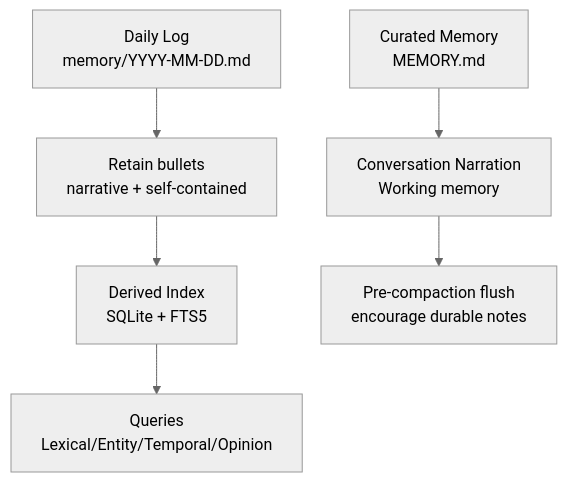
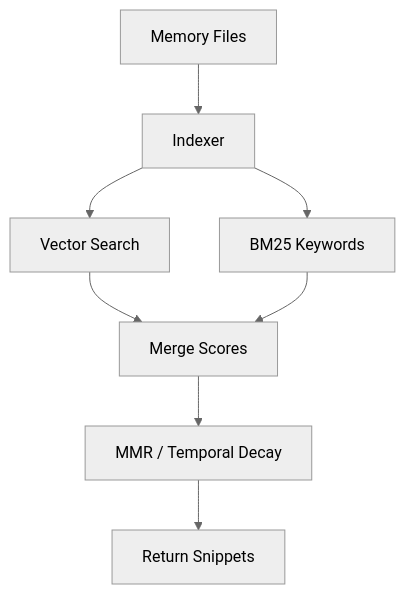
One commit to botx-work/OpenClaw-Internals changed the sixth of 12 diagrams in repowiki/en/content/Agent System/Agent System.md. Above: the diagram before and after it, drawn with Mermaid (neutral theme). The commit also changed other lines of this file and 332 other files, not shown here.

````diff
--- a/repowiki/en/content/Agent System/Agent System.md
+++ b/repowiki/en/content/Agent System/Agent System.md
@@ -231,8 +223,10 @@
 ```mermaid
 flowchart TD
-Daily["Daily Log<br/>memory/YYYY-MM-DD.md"] --> Retain["Retain bullets<br/>narrative + self-contained"]
-Retain --> Index["Derived Index<br/>SQLite + FTS5"]
-Index --> Recall["Queries<br/>Lexical/Entity/Temporal/Opinion"]
-Curated["Curated Memory<br/>MEMORY.md"] --> Narration["Conversation Narration<br/>Working memory"]
-Narration --> Retention["Pre-compaction flush<br/>encourage durable notes"]
+MEM["Memory Files"] --> IDX["Indexer"]
+IDX --> VEC["Vector Search"]
+IDX --> TXT["BM25 Keywords"]
+VEC --> MERGE["Merge Scores"]
+TXT --> MERGE
+MERGE --> RANK["MMR / Temporal Decay"]
+RANK --> OUT["Return Snippets"]
 ```
````
